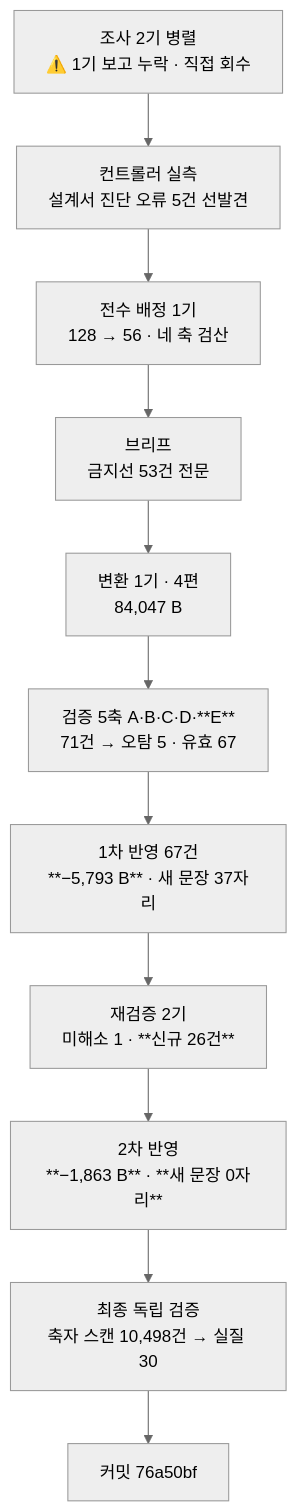
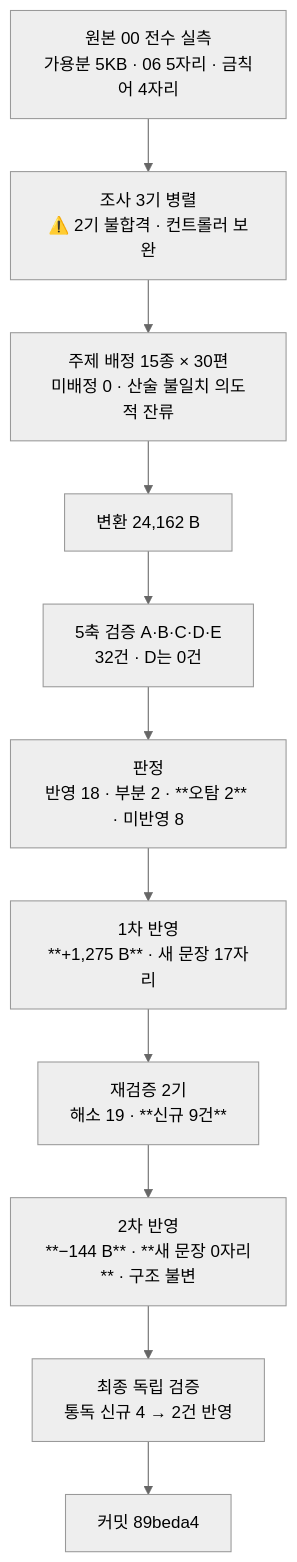
One commit to withwooyong/withwooyong.github.io changed the diagram in HANDOFF.md. Above: the diagram before and after it, drawn with Mermaid (neutral theme). The commit also changed other lines of this file and 2 other files, not shown here.

````diff
--- a/HANDOFF.md
+++ b/HANDOFF.md
@@ -15,13 +15,13 @@
 ```mermaid
 flowchart TD
-    S["조사 2기 병렬<br/>⚠️ 1기 보고 누락 · 직접 회수"] --> M["컨트롤러 실측<br/>설계서 진단 오류 5건 선발견"]
-    M --> AS["전수 배정 1기<br/>128 → 56 · 네 축 검산"]
-    AS --> BR["브리프<br/>금지선 53건 전문"]
-    BR --> C["변환 1기 · 4편<br/>84,047 B"]
-    C --> V["검증 5축 A·B·C·D·**E**<br/>71건 → 오탐 5 · 유효 67"]
-    V --> F1["1차 반영 67건<br/>**−5,793 B** · 새 문장 37자리"]
-    F1 --> R["재검증 2기<br/>미해소 1 · **신규 26건**"]
-    R --> F2["2차 반영<br/>**−1,863 B** · **새 문장 0자리**"]
-    F2 --> FV["최종 독립 검증<br/>축자 스캔 10,498건 → 실질 30"]
-    FV --> G["커밋 76a50bf"]
+    M["원본 00 전수 실측<br/>가용분 5KB · 06 5자리 · 금칙어 4자리"] --> S["조사 3기 병렬<br/>⚠️ 2기 불합격 · 컨트롤러 보완"]
+    S --> AS["주제 배정 15종 × 30편<br/>미배정 0 · 산술 불일치 의도적 잔류"]
+    AS --> C["변환 24,162 B"]
+    C --> V["5축 검증 A·B·C·D·E<br/>32건 · D는 0건"]
+    V --> J["판정<br/>반영 18 · 부분 2 · **오탐 2** · 미반영 8"]
+    J --> F1["1차 반영<br/>**+1,275 B** · 새 문장 17자리"]
+    F1 --> R["재검증 2기<br/>해소 19 · **신규 9건**"]
+    R --> F2["2차 반영<br/>**−144 B** · **새 문장 0자리** · 구조 불변"]
+    F2 --> FV["최종 독립 검증<br/>통독 신규 4 → 2건 반영"]
+    FV --> G["커밋 89beda4"]
 ```
````
